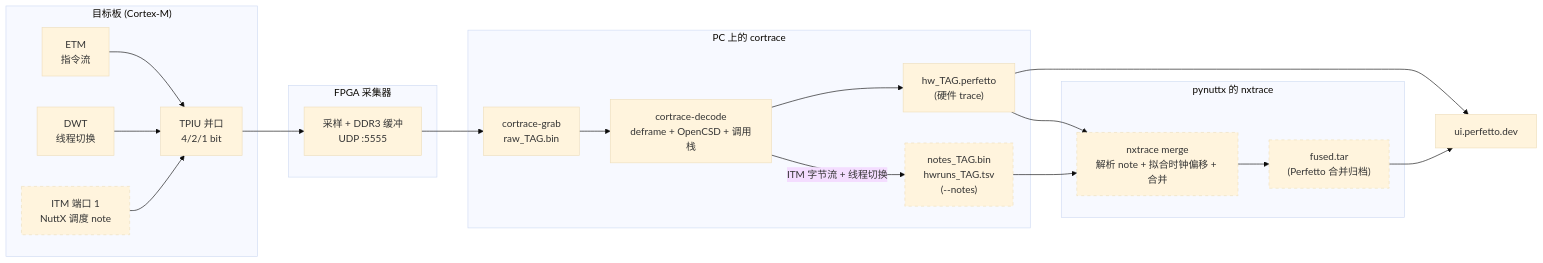
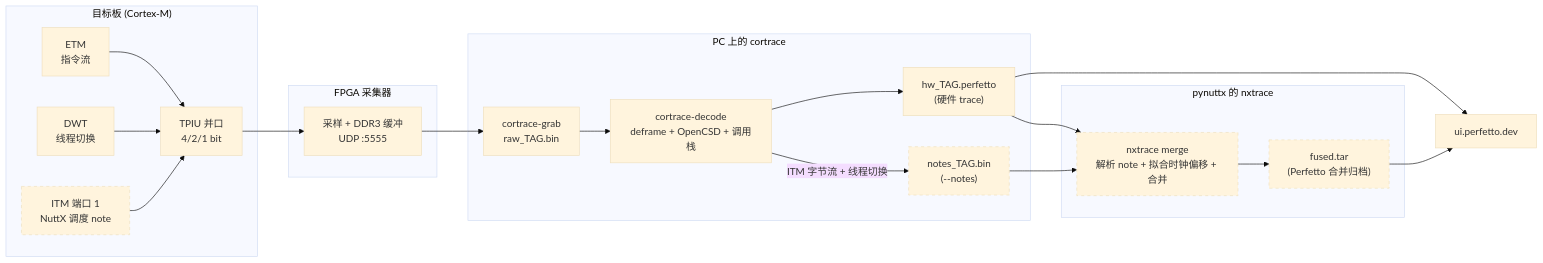
The first of 5 diagrams in docs/04-user-guide.md (FASTSHIFT/cortrace), drawn with Mermaid (base theme) before and after one commit. The commit also changed other lines of this file and 3 other files, not shown here.

````diff
--- a/docs/04-user-guide.md
+++ b/docs/04-user-guide.md
@@ -28,34 +28,34 @@
 ```mermaid
 flowchart LR
     subgraph T["目标板 (Cortex-M)"]
         ETM["ETM<br/>指令流"]
         DWT["DWT<br/>线程切换"]
         ITM["ITM 端口 1<br/>NuttX 调度 note"]
         TPIU["TPIU 并口<br/>4/2/1 bit"]
         ETM --> TPIU
         DWT --> TPIU
         ITM --> TPIU
     end
     subgraph F["FPGA 采集器"]
         CAP["采样 + DDR3 缓冲<br/>UDP :5555"]
     end
     subgraph P["PC 上的 cortrace"]
         GRAB["cortrace-grab<br/>raw_TAG.bin"]
         DEC["cortrace-decode<br/>deframe + OpenCSD + 调用栈"]
         HW["hw_TAG.perfetto<br/>(硬件 trace)"]
-        NOTES["notes_TAG.bin<br/>hwruns_TAG.tsv<br/>(--notes)"]
+        NOTES["notes_TAG.bin<br/>(--notes)"]
     end
     subgraph N["pynuttx 的 nxtrace"]
         NX["nxtrace merge<br/>解析 note + 拟合时钟偏移 + 合并"]
         FUSED["fused.tar<br/>(Perfetto 合并归档)"]
     end
     UI["ui.perfetto.dev"]
     TPIU --> CAP --> GRAB --> DEC --> HW
     DEC -->|"ITM 字节流 + 线程切换"| NOTES
     HW --> NX
     NOTES --> NX --> FUSED
     HW --> UI
     FUSED --> UI
     classDef fusion stroke-dasharray: 5 5
     class ITM,NOTES,NX,FUSED fusion
 ```
````
